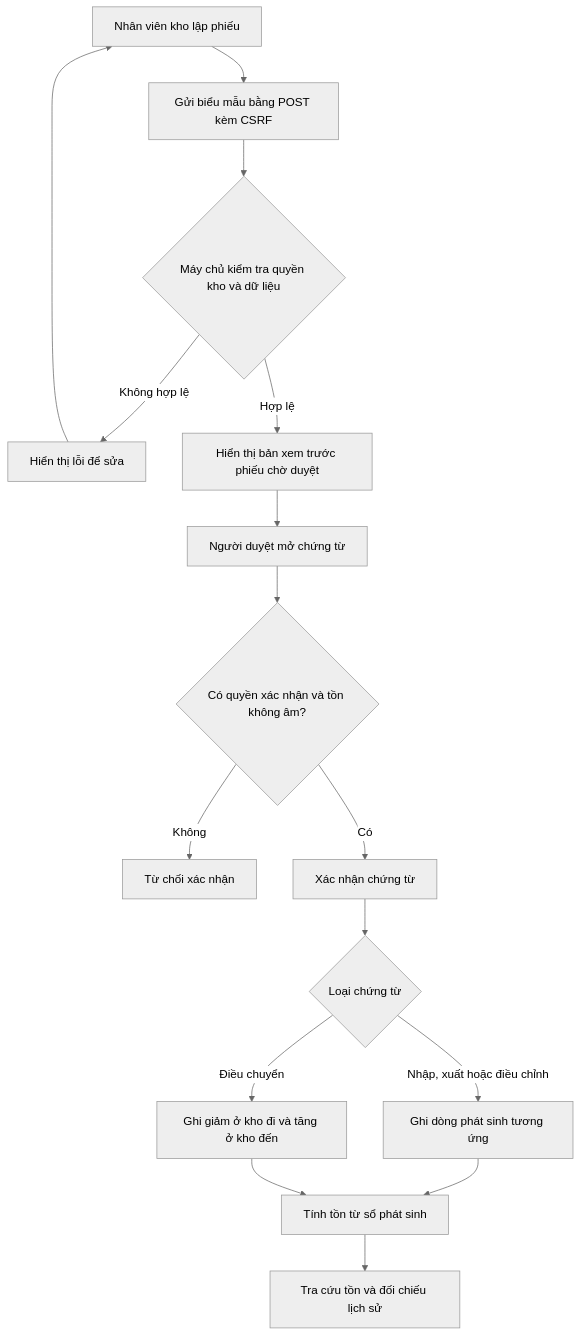
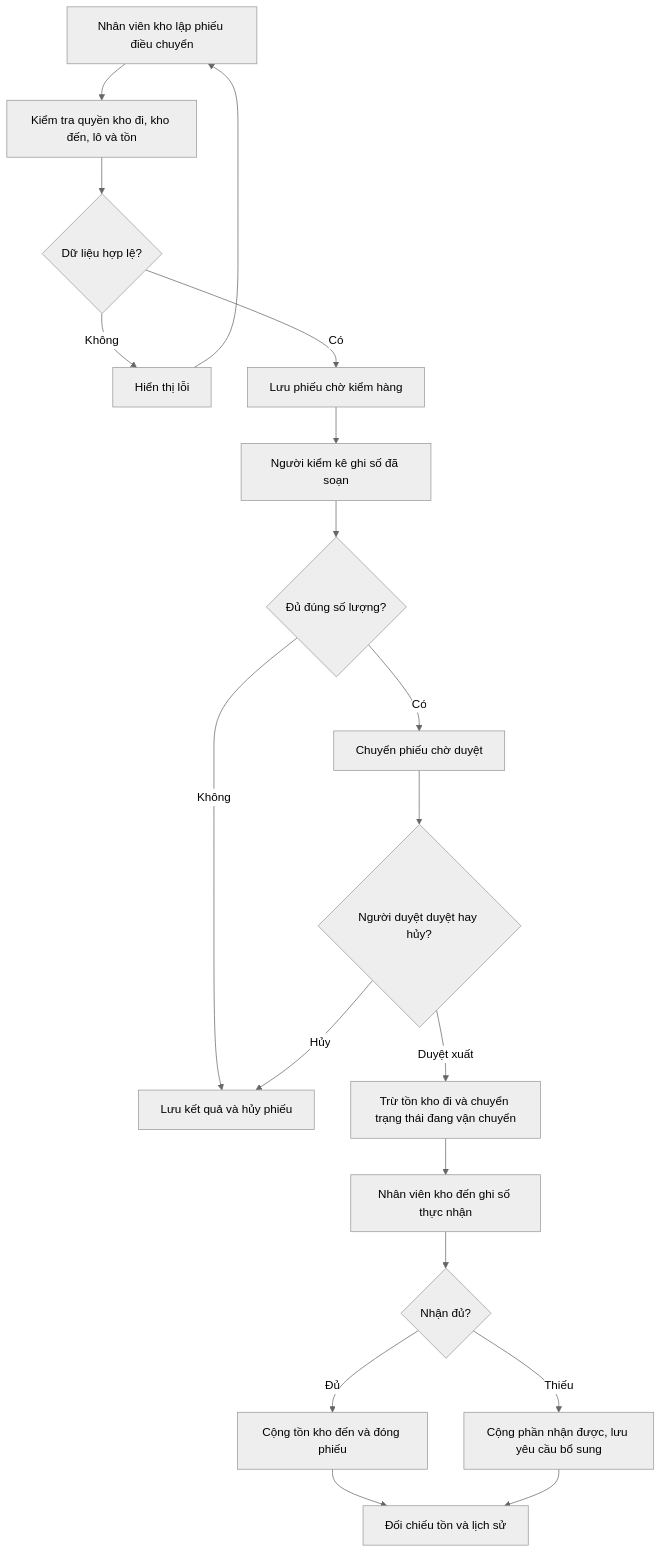
The second of 3 diagrams in README.md (Tuannnk/PTPMMNM-CNTT-1812-NHOM-5), drawn with Mermaid (neutral theme) before and after one commit. The commit also changed other lines of this file and 11 other files, not shown here.

Commit message:
Thêm chức năng Điều chuyển hàng giữa hai kho trong cùng cơ sở dữ liệu; ghi đầy đủ chứng từ tại nơi đi và nơi đến.

````diff
--- a/README.md
+++ b/README.md
@@ -57,18 +57,21 @@
 ```mermaid
 flowchart TD
-    A[Nhân viên kho lập phiếu] --> B[Gửi biểu mẫu bằng POST kèm CSRF]
-    B --> C{Máy chủ kiểm tra quyền kho và dữ liệu}
-    C -->|Không hợp lệ| D[Hiển thị lỗi để sửa]
+    A[Nhân viên kho lập phiếu điều chuyển] --> B[Kiểm tra quyền kho đi, kho đến, lô và tồn]
+    B --> C{Dữ liệu hợp lệ?}
+    C -->|Không| D[Hiển thị lỗi]
     D --> A
-    C -->|Hợp lệ| E[Hiển thị bản xem trước phiếu chờ duyệt]
-    E --> F[Người duyệt mở chứng từ]
-    F --> G{Có quyền xác nhận và tồn không âm?}
-    G -->|Không| H[Từ chối xác nhận]
-    G -->|Có| I[Xác nhận chứng từ]
-    I --> J{Loại chứng từ}
-    J -->|Nhập, xuất hoặc điều chỉnh| K[Ghi dòng phát sinh tương ứng]
-    J -->|Điều chuyển| L[Ghi giảm ở kho đi và tăng ở kho đến]
-    K --> M[Tính tồn từ sổ phát sinh]
-    L --> M
-    M --> N[Tra cứu tồn và đối chiếu lịch sử]
+    C -->|Có| E[Lưu phiếu chờ kiểm hàng]
+    E --> F[Người kiểm kê ghi số đã soạn]
+    F --> G{Đủ đúng số lượng?}
+    G -->|Không| H[Lưu kết quả và hủy phiếu]
+    G -->|Có| I[Chuyển phiếu chờ duyệt]
+    I --> J{Người duyệt duyệt hay hủy?}
+    J -->|Hủy| H
+    J -->|Duyệt xuất| K[Trừ tồn kho đi và chuyển trạng thái đang vận chuyển]
+    K --> L[Nhân viên kho đến ghi số thực nhận]
+    L --> M{Nhận đủ?}
+    M -->|Đủ| N[Cộng tồn kho đến và đóng phiếu]
+    M -->|Thiếu| O[Cộng phần nhận được, lưu yêu cầu bổ sung]
+    N --> P[Đối chiếu tồn và lịch sử]
+    O --> P
 ```
````
